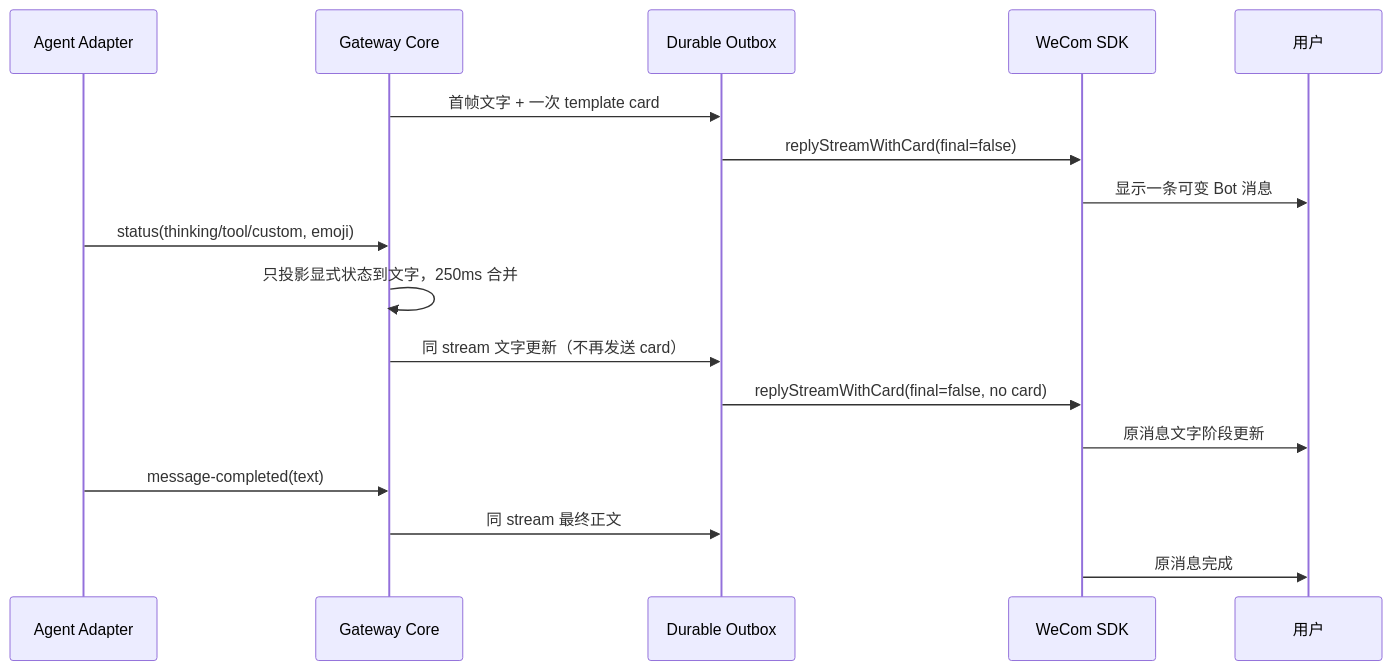
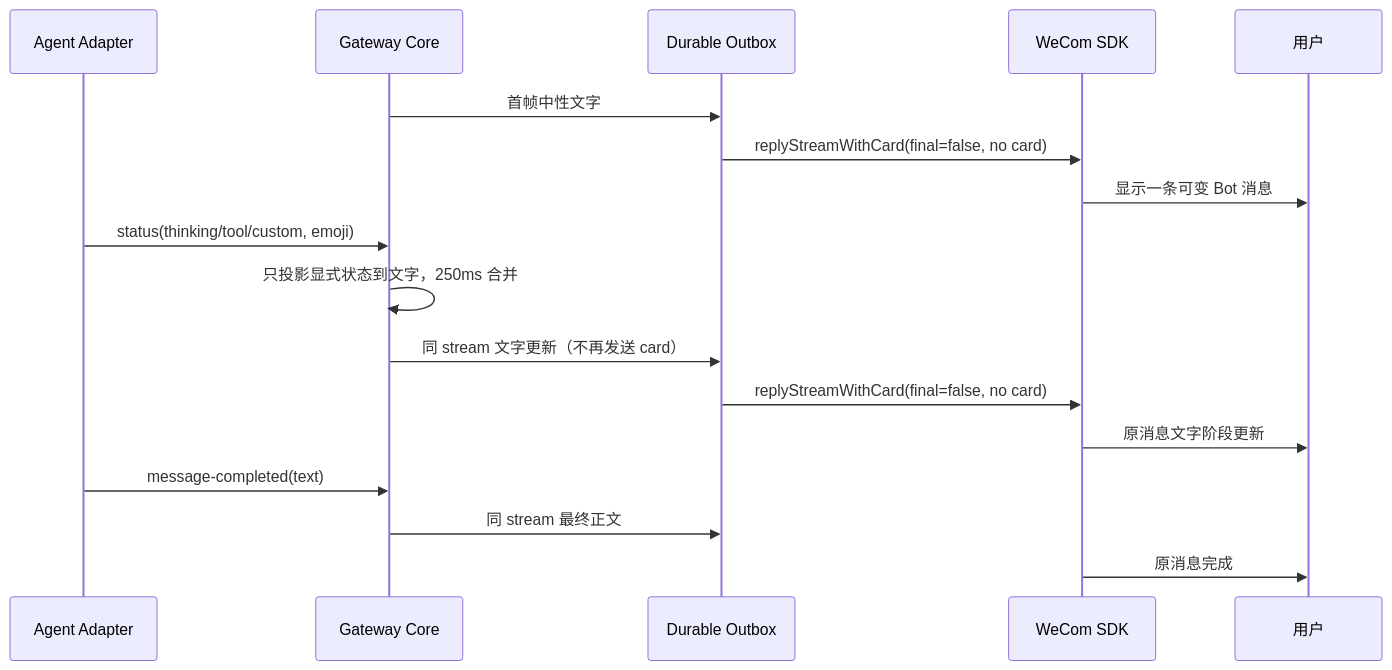
Before and after one commit to fyaic/wecom-agent-gateway: the sixth of 6 diagrams in docs/interaction-cards.md, drawn with Mermaid. The commit also changed other lines of this file and 14 other files, not shown here.

````diff
--- a/docs/interaction-cards.md
+++ b/docs/interaction-cards.md
@@ -434,20 +437,20 @@
 ```mermaid
 sequenceDiagram
     participant A as Agent Adapter
     participant G as Gateway Core
     participant O as Durable Outbox
     participant W as WeCom SDK
     participant U as 用户
 
-    G->>O: 首帧文字 + 一次 template card
-    O->>W: replyStreamWithCard(final=false)
+    G->>O: 首帧中性文字
+    O->>W: replyStreamWithCard(final=false, no card)
     W->>U: 显示一条可变 Bot 消息
     A->>G: status(thinking/tool/custom, emoji)
     G->>G: 只投影显式状态到文字，250ms 合并
     G->>O: 同 stream 文字更新（不再发送 card）
     O->>W: replyStreamWithCard(final=false, no card)
     W->>U: 原消息文字阶段更新
     A->>G: message-completed(text)
     G->>O: 同 stream 最终正文
     W->>U: 原消息完成
 ```
````
